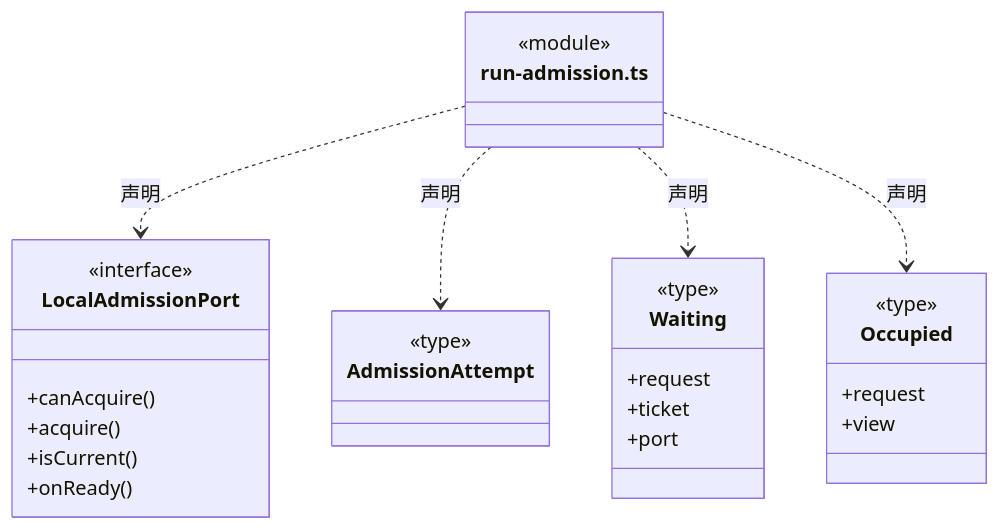
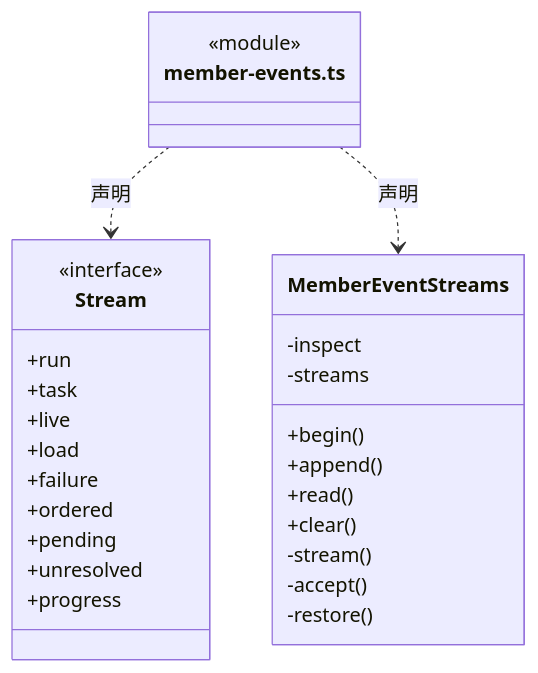
Before and after one commit to nan023062/cbim: the fourth of 8 diagrams in src/backend/scheduler-engine/runtime/ARCHITECTURE.md, drawn with Mermaid. The commit also changed other lines of this file and 971 other files, not shown here.

````diff
--- a/src/backend/scheduler-engine/runtime/ARCHITECTURE.md
+++ b/src/backend/scheduler-engine/runtime/ARCHITECTURE.md
@@ -192,32 +104,31 @@
 ```mermaid
 classDiagram
-class N_src_backend_scheduler_engine_runtime_run_admission_ts["run-admission.ts"] {
+class N_src_backend_scheduler_engine_runtime_member_events_ts["member-events.ts"] {
   <<module>>
 }
-class N_src_backend_scheduler_engine_runtime_run_admission_ts_LocalAdmissionPort["LocalAdmissionPort"] {
+class N_src_backend_scheduler_engine_runtime_member_events_ts_Stream["Stream"] {
   <<interface>>
-  +canAcquire()
-  +acquire()
-  +isCurrent()
-  +onReady()
+  +run
+  +task
+  +live
+  +load
+  +failure
+  +ordered
+  +pending
+  +unresolved
+  +progress
 }
-N_src_backend_scheduler_engine_runtime_run_admission_ts ..> N_src_backend_scheduler_engine_runtime_run_admission_ts_LocalAdmissionPort : 声明
-class N_src_backend_scheduler_engine_runtime_run_admission_ts_AdmissionAttempt["AdmissionAttempt"] {
-  <<type>>
-
+N_src_backend_scheduler_engine_runtime_member_events_ts ..> N_src_backend_scheduler_engine_runtime_member_events_ts_Stream : 声明
+class N_src_backend_scheduler_engine_runtime_member_events_ts_MemberEventStreams["MemberEventStreams"] {
+  +begin()
+  +append()
+  +read()
+  +clear()
+  -inspect
+  -streams
+  -stream()
+  -accept()
+  -restore()
 }
-N_src_backend_scheduler_engine_runtime_run_admission_ts ..> N_src_backend_scheduler_engine_runtime_run_admission_ts_AdmissionAttempt : 声明
-class N_src_backend_scheduler_engine_runtime_run_admission_ts_Waiting["Waiting"] {
-  <<type>>
-  +request
-  +ticket
-  +port
-}
-N_src_backend_scheduler_engine_runtime_run_admission_ts ..> N_src_backend_scheduler_engine_runtime_run_admission_ts_Waiting : 声明
-class N_src_backend_scheduler_engine_runtime_run_admission_ts_Occupied["Occupied"] {
-  <<type>>
-  +request
-  +view
-}
-N_src_backend_scheduler_engine_runtime_run_admission_ts ..> N_src_backend_scheduler_engine_runtime_run_admission_ts_Occupied : 声明
+N_src_backend_scheduler_engine_runtime_member_events_ts ..> N_src_backend_scheduler_engine_runtime_member_events_ts_MemberEventStreams : 声明
 ```
````
